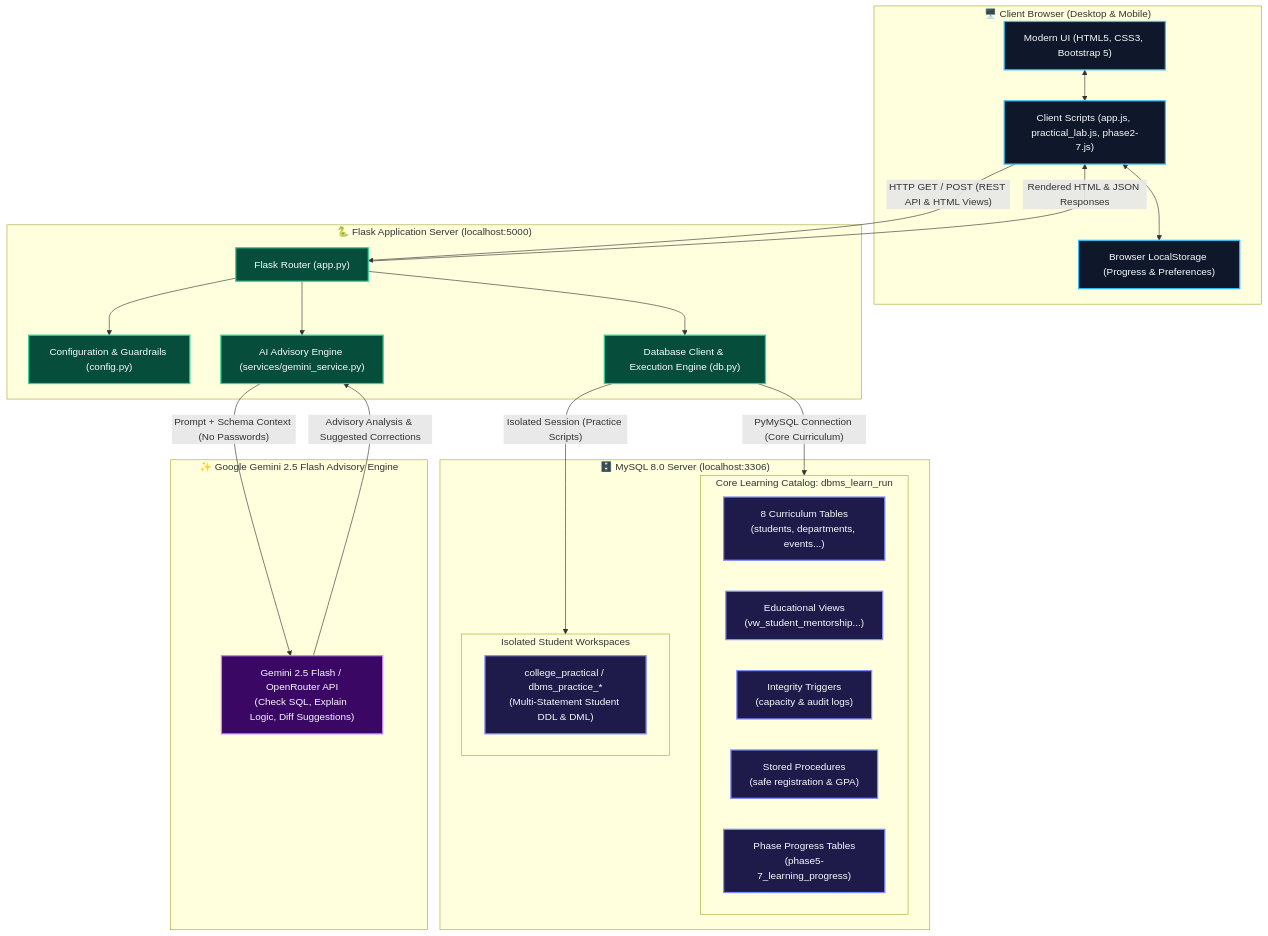
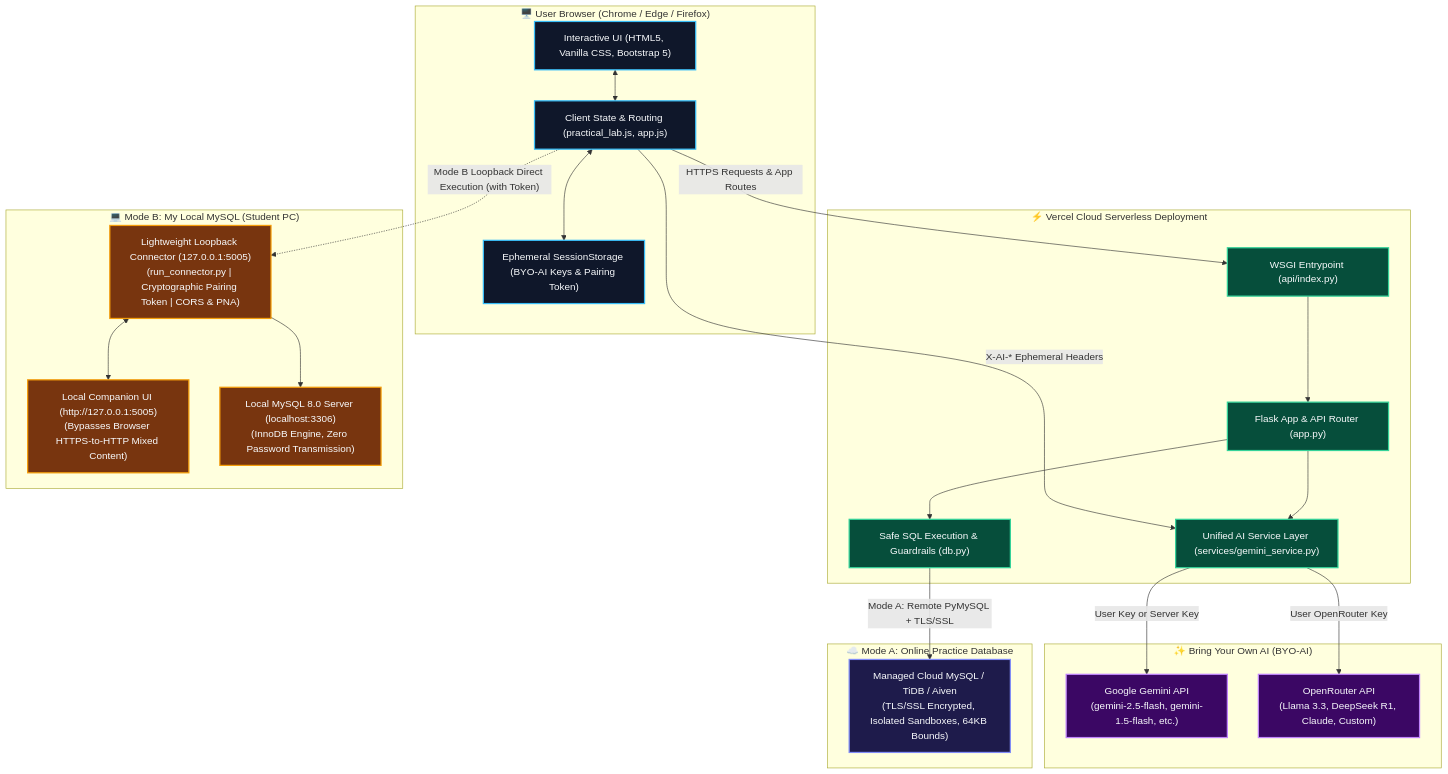
One commit to Parth142007/DBMS-Learn-Run changed the diagram in README.md. Above: the diagram before and after it, drawn with Mermaid. The commit also changed other lines of this file and 14 other files, not shown here.

````diff
--- a/README.md
+++ b/README.md
@@ -197,62 +199,64 @@
 ```mermaid
 flowchart TD
-    subgraph Client["🖥️ Client Browser (Desktop & Mobile)"]
-        UI["Modern UI (HTML5, CSS3, Bootstrap 5)"]
-        JS["Client Scripts (app.js, practical_lab.js, phase2-7.js)"]
-        Store["Browser LocalStorage (Progress & Preferences)"]
+    subgraph Client["🖥️ User Browser (Chrome / Edge / Firefox)"]
+        UI["Interactive UI (HTML5, Vanilla CSS, Bootstrap 5)"]
+        JS["Client State & Routing (practical_lab.js, app.js)"]
+        SessionStore["Ephemeral SessionStorage (BYO-AI Keys & Pairing Token)"]
         UI <--> JS
-        JS <--> Store
+        JS <--> SessionStore
     end
 
-    subgraph FlaskBackend["🐍 Flask Application Server (localhost:5000)"]
-        App["Flask Router (app.py)"]
-        Config["Configuration & Guardrails (config.py)"]
-        DBHelper["Database Client & Execution Engine (db.py)"]
-        GeminiService["AI Advisory Engine (services/gemini_service.py)"]
+    subgraph CloudVercel["⚡ Vercel Cloud Serverless Deployment"]
+        VercelEntry["WSGI Entrypoint (api/index.py)"]
+        FlaskRouter["Flask App & API Router (app.py)"]
+        ExecEngine["Safe SQL Execution & Guardrails (db.py)"]
+        AIService["Unified AI Service Layer (services/gemini_service.py)"]
         
-        App --> Config
-        App --> DBHelper
-        App --> GeminiService
+        VercelEntry --> FlaskRouter
+        FlaskRouter --> ExecEngine
+        FlaskRouter --> AIService
     end
 
-    subgraph MySQLStorage["🗄️ MySQL 8.0 Server (localhost:3306)"]
-        subgraph CoreDB["Core Learning Catalog: dbms_learn_run"]
-            Tables["8 Curriculum Tables\n(students, departments, events...)"]
-            Views["Educational Views\n(vw_student_mentorship...)"]
-            Triggers["Integrity Triggers\n(capacity & audit logs)"]
-            Procs["Stored Procedures\n(safe registration & GPA)"]
-            Progress["Phase Progress Tables\n(phase5-7_learning_progress)"]
-        end
-
-        subgraph PracticeWorkspace["Isolated Student Workspaces"]
-            Sandbox["college_practical / dbms_practice_*\n(Multi-Statement Student DDL & DML)"]
-        end
+    subgraph ModeA["☁️ Mode A: Online Practice Database"]
+        CloudDB["Managed Cloud MySQL / TiDB / Aiven\n(TLS/SSL Encrypted, Isolated Sandboxes, 64KB Bounds)"]
     end
 
-    subgraph ExternalAI["✨ Google Gemini 2.5 Flash Advisory Engine"]
-        GeminiAPI["Gemini 2.5 Flash / OpenRouter API\n(Check SQL, Explain Logic, Diff Suggestions)"]
+    subgraph ModeB["💻 Mode B: My Local MySQL (Student PC)"]
+        Connector["Lightweight Loopback Connector (127.0.0.1:5005)\n(run_connector.py | Cryptographic Pairing Token | CORS & PNA)"]
+        LocalCompanion["Local Companion UI (http://127.0.0.1:5005)\n(Bypasses Browser HTTPS-to-HTTP Mixed Content)"]
+        LocalMySQL["Local MySQL 8.0 Server (localhost:3306)\n(InnoDB Engine, Zero Password Transmission)"]
+        
+        Connector <--> LocalCompanion
+        Connector --> LocalMySQL
     end
 
-    %% Client to Server Data Flow
-    JS -- "HTTP GET / POST (REST API & HTML Views)" --> App
-    App -- "Rendered HTML & JSON Responses" --> JS
+    subgraph ExternalAI["✨ Bring Your Own AI (BYO-AI)"]
+        GeminiAPI["Google Gemini API\n(gemini-2.5-flash, gemini-1.5-flash, etc.)"]
+        OpenRouterAPI["OpenRouter API\n(Llama 3.3, DeepSeek R1, Claude, Custom)"]
+    end
 
-    %% Server to Database Execution
-    DBHelper -- "PyMySQL Connection (Core Curriculum)" --> CoreDB
-    DBHelper -- "Isolated Session (Practice Scripts)" --> PracticeWorkspace
+    %% Client Interactions
+    JS -- "HTTPS Requests & App Routes" --> VercelEntry
+    JS -. "Mode B Loopback Direct Execution (with Token)" .-> Connector
+    JS -- "X-AI-* Ephemeral Headers" --> AIService
 
-    %% Server to AI Advisory
-    GeminiService -- "Prompt + Schema Context (No Passwords)" --> GeminiAPI
-    GeminiAPI -- "Advisory Analysis & Suggested Corrections" --> GeminiService
+    %% Cloud Database Execution
+    ExecEngine -- "Mode A: Remote PyMySQL + TLS/SSL" --> CloudDB
+
+    %% AI Integrations (No Silent Fallback)
+    AIService -- "User Key or Server Key" --> GeminiAPI
+    AIService -- "User OpenRouter Key" --> OpenRouterAPI
 
     %% Styling
     classDef client fill:#0f172a,stroke:#38bdf8,stroke-width:2px,color:#f8fafc;
-    classDef backend fill:#064e3b,stroke:#34d399,stroke-width:2px,color:#f8fafc;
-    classDef storage fill:#1e1b4b,stroke:#818cf8,stroke-width:2px,color:#f8fafc;
+    classDef cloud fill:#064e3b,stroke:#34d399,stroke-width:2px,color:#f8fafc;
+    classDef modeA fill:#1e1b4b,stroke:#818cf8,stroke-width:2px,color:#f8fafc;
+    classDef modeB fill:#78350f,stroke:#f59e0b,stroke-width:2px,color:#f8fafc;
     classDef ai fill:#3b0764,stroke:#c084fc,stroke-width:2px,color:#f8fafc;
 
-    class UI,JS,Store client;
-    class App,Config,DBHelper,GeminiService backend;
-    class Tables,Views,Triggers,Procs,Progress,Sandbox storage;
-    class GeminiAPI ai;
+    class UI,JS,SessionStore client;
+    class VercelEntry,FlaskRouter,ExecEngine,AIService cloud;
+    class CloudDB modeA;
+    class Connector,LocalCompanion,LocalMySQL modeB;
+    class GeminiAPI,OpenRouterAPI ai;
 ```
````
